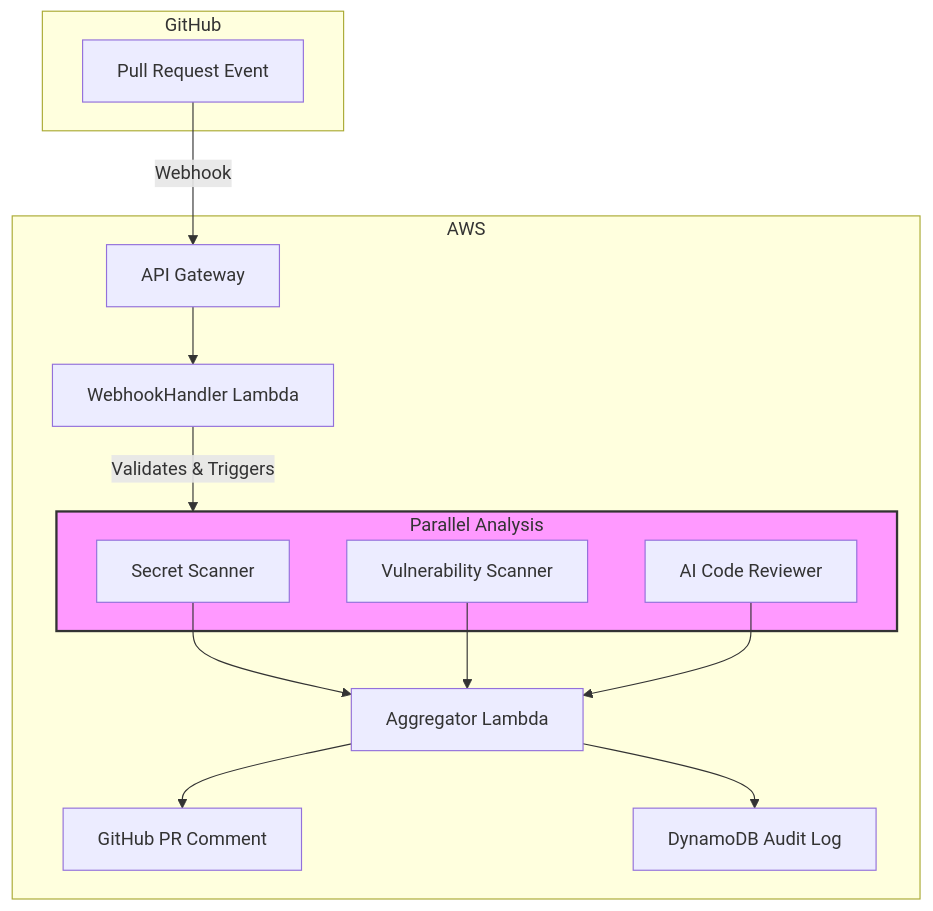
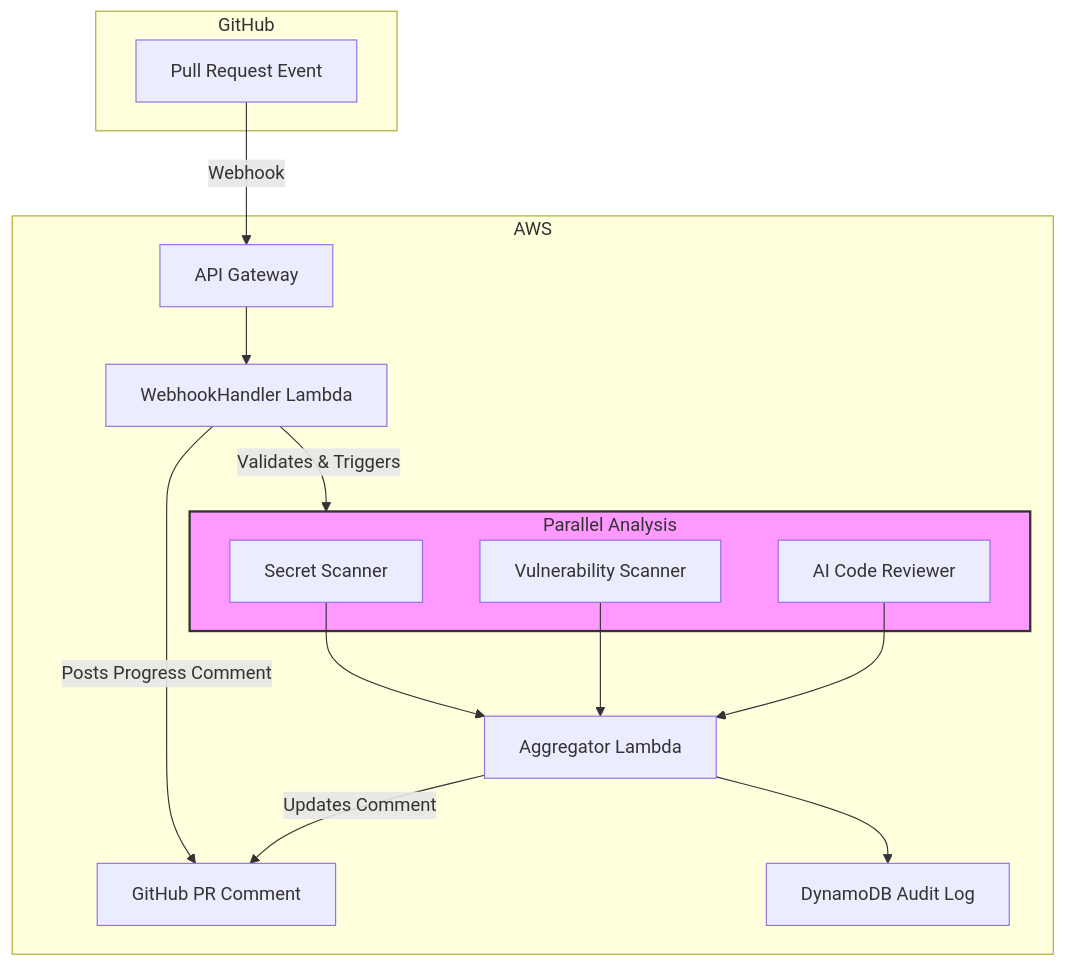
One commit to belumume/devsecops-sentinel changed the diagram in README.md. Above: the diagram before and after it, drawn with Mermaid. The commit also changed other lines of this file, not shown here.

````diff
--- a/README.md
+++ b/README.md
@@ -32,26 +33,27 @@
 ```mermaid
 graph TD
     subgraph GitHub
         A[Pull Request Event]
     end
     
     subgraph AWS
         A -- Webhook --> B[API Gateway]
         B --> C[WebhookHandler Lambda]
+        C -- Posts Progress Comment --> I
         C -- Validates & Triggers --> D[Step Functions]
         
         subgraph D[Parallel Analysis]
             E[Secret Scanner]
             F[Vulnerability Scanner]
             G[AI Code Reviewer]
         end
         
         E --> H[Aggregator Lambda]
         F --> H
         G --> H
-        H --> I[GitHub PR Comment]
+        H -- Updates Comment --> I[GitHub PR Comment]
         H --> J[DynamoDB Audit Log]
     end
     
     style D fill:#f9f,stroke:#333,stroke-width:2px
 ```
````
